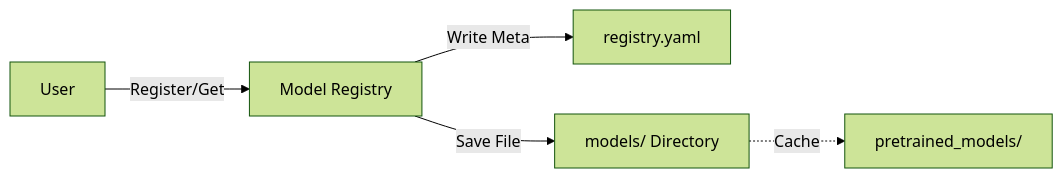
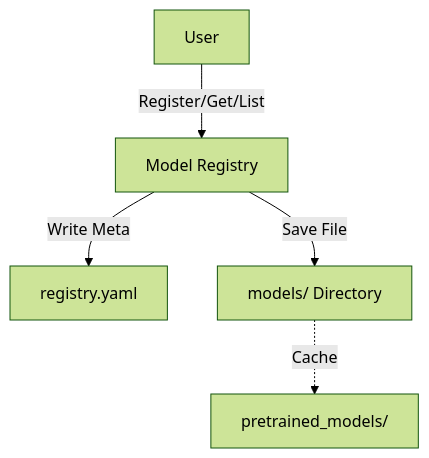
Before and after one commit to TiraaK/lightweight-model-registry: the diagram in README.md, drawn with Mermaid (forest theme). The commit also changed other lines of this file and 3 other files, not shown here.

````diff
--- a/README.md
+++ b/README.md
@@ -96,7 +93,7 @@
 ```mermaid
-flowchart LR
-    User -->|Register/Get| API[Model Registry]
+flowchart
+    User -->|Register/Get/List| API[Model Registry]
     API -->|Write Meta| YAML[registry.yaml]
     API -->|Save File| FS[models/ Directory]
     FS -.->|Cache| Pretrained[pretrained_models/]
 ```
````
